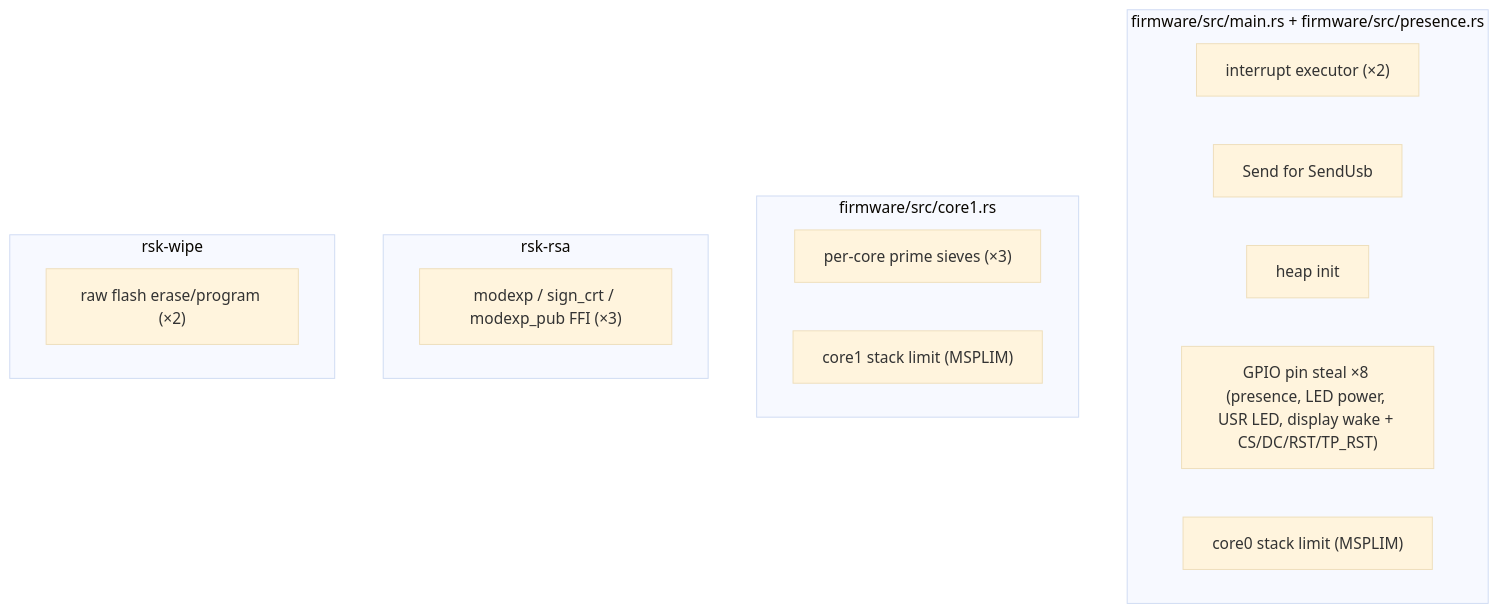
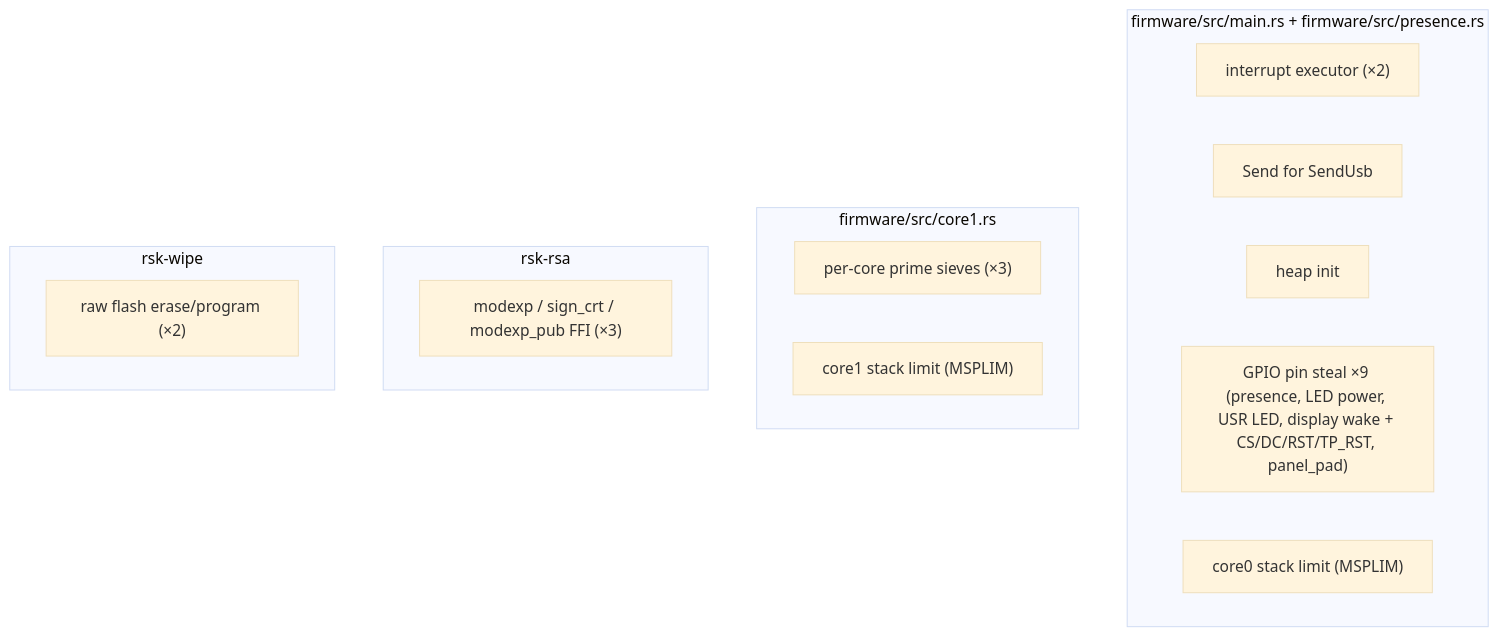
One commit to IsayIsee/RS-Key changed the diagram in docs/unsafe.md. Above: the diagram before and after it, drawn with Mermaid (base theme). The commit also changed other lines of this file and 9 other files, not shown here.

````diff
--- a/docs/unsafe.md
+++ b/docs/unsafe.md
@@ -18,20 +19,20 @@
 ```mermaid
 flowchart TB
     subgraph fw["firmware/src/main.rs + firmware/src/presence.rs"]
       a["interrupt executor (×2)"]
       b["Send for SendUsb"]
       c["heap init"]
-      d["GPIO pin steal ×8 (presence, LED power, USR LED, display wake + CS/DC/RST/TP_RST)"]
+      d["GPIO pin steal ×9 (presence, LED power, USR LED, display wake + CS/DC/RST/TP_RST, panel_pad)"]
       d2["core0 stack limit (MSPLIM)"]
     end
     subgraph kg["firmware/src/core1.rs"]
       e["per-core prime sieves (×3)"]
       e2["core1 stack limit (MSPLIM)"]
     end
     subgraph asm["rsk-rsa"]
       f["modexp / sign_crt / modexp_pub FFI (×3)"]
     end
     subgraph wipe["rsk-wipe"]
       g["raw flash erase/program (×2)"]
     end
 ```
````
